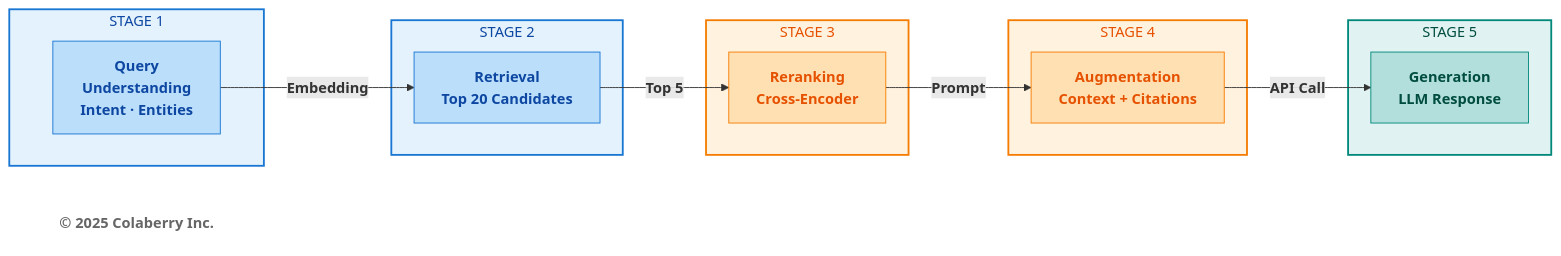
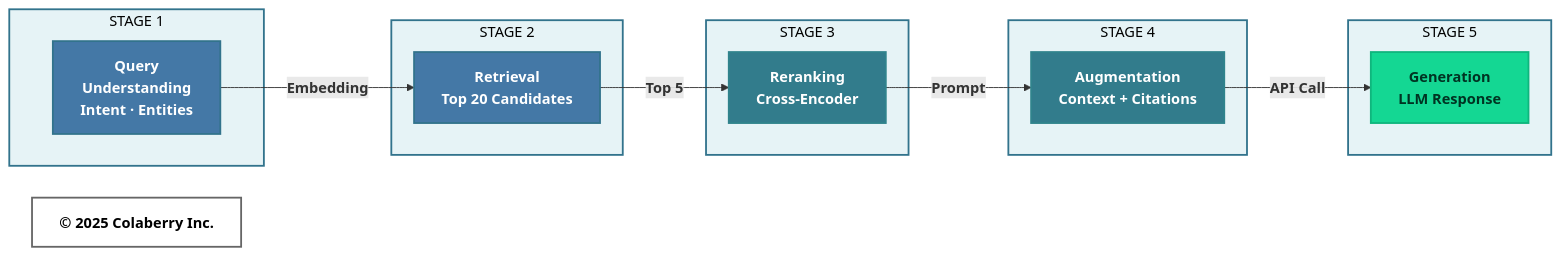
The fifth of 7 diagrams in manuscript/11_chapter_10_week_by_week_implementation.md (colaberry/trust-before-intelligence-book), drawn with Mermaid before and after one commit. The commit also changed other lines of this file, not shown here.

Commit message:
Update mermaid diagrams as per new coloberry color and contrast ratio for chapter 11

````diff
--- a/manuscript/11_chapter_10_week_by_week_implementation.md
+++ b/manuscript/11_chapter_10_week_by_week_implementation.md
@@ -861,38 +862,38 @@
 ```mermaid
 graph LR
     subgraph STAGE1["STAGE 1"]
         S1["<b>Query<br/>Understanding</b><br/><b>Intent · Entities</b>"]
     end
     
     subgraph STAGE2["STAGE 2"]
         S2["<b>Retrieval</b><br/><b>Top 20 Candidates</b>"]
     end
     
     subgraph STAGE3["STAGE 3"]
         S3["<b>Reranking</b><br/><b>Cross-Encoder</b>"]
     end
     
     subgraph STAGE4["STAGE 4"]
         S4["<b>Augmentation</b><br/><b>Context + Citations</b>"]
     end
     
     subgraph STAGE5["STAGE 5"]
         S5["<b>Generation</b><br/><b>LLM Response</b>"]
     end
     
     S1 -->|<b>Embedding</b>| S2 -->|<b>Top 5</b>| S3 -->|<b>Prompt</b>| S4 -->|<b>API Call</b>| S5
     
     Copyright["<b>© 2025 Colaberry Inc.</b>"]
     
-    style STAGE1 fill:#e3f2fd,stroke:#1976d2,stroke-width:2px,color:#0d47a1
-    style STAGE2 fill:#e3f2fd,stroke:#1976d2,stroke-width:2px,color:#0d47a1
-    style STAGE3 fill:#fff3e0,stroke:#f57c00,stroke-width:2px,color:#e65100
-    style STAGE4 fill:#fff3e0,stroke:#f57c00,stroke-width:2px,color:#e65100
-    style STAGE5 fill:#e0f2f1,stroke:#00897b,stroke-width:2px,color:#004d40
-    style S1 fill:#bbdefb,stroke:#1976d2,color:#0d47a1
-    style S2 fill:#bbdefb,stroke:#1976d2,color:#0d47a1
-    style S3 fill:#ffe0b2,stroke:#f57c00,color:#e65100
-    style S4 fill:#ffe0b2,stroke:#f57c00,color:#e65100
-    style S5 fill:#b2dfdb,stroke:#00897b,color:#004d40
-    style Copyright fill:#ffffff,stroke:none,color:#666666
+    style STAGE1 fill:#E6F3F6,stroke:#32738C,stroke-width:2px,color:#000000
+    style STAGE2 fill:#E6F3F6,stroke:#32738C,stroke-width:2px,color:#000000
+    style STAGE3 fill:#E6F3F6,stroke:#32738C,stroke-width:2px,color:#000000
+    style STAGE4 fill:#E6F3F6,stroke:#32738C,stroke-width:2px,color:#000000
+    style STAGE5 fill:#E6F3F6,stroke:#32738C,stroke-width:2px,color:#000000
+    style S1 fill:#4478A6,stroke:#32738C,stroke-width:2px,color:#ffffff
+    style S2 fill:#4478A6,stroke:#32738C,stroke-width:2px,color:#ffffff
+    style S3 fill:#327C8C,stroke:#30838C,stroke-width:2px,color:#ffffff
+    style S4 fill:#327C8C,stroke:#30838C,stroke-width:2px,color:#ffffff
+    style S5 fill:#14D793,stroke:#0FB67D,stroke-width:2px,color:#003322
+    style Copyright fill:#ffffff,stroke:#666666,stroke-width:2px,color:#000000
 ```
````
